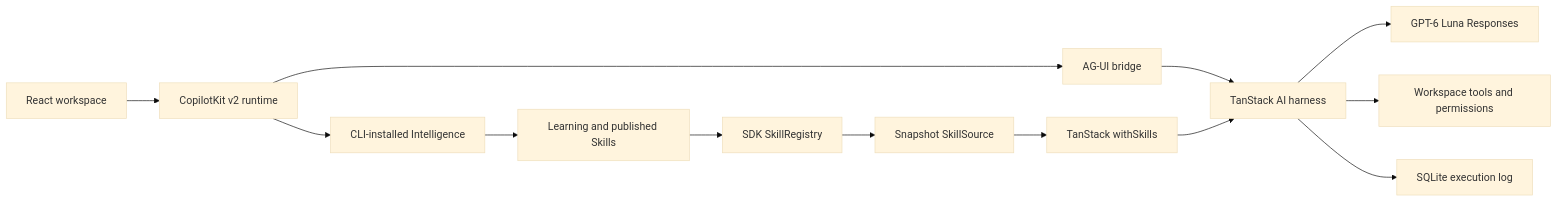
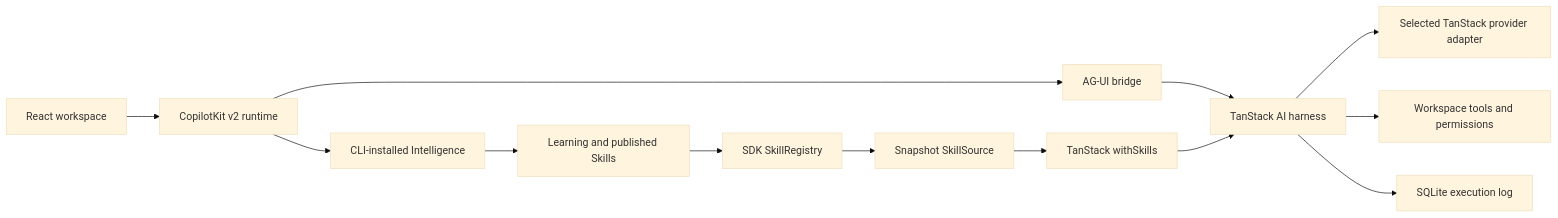
One commit to MikeRyanDev/bookish-guacamole changed the diagram in docs/ARCHITECTURE.md. Above: the diagram before and after it, drawn with Mermaid (base theme). The commit also changed other lines of this file and 46 other files, not shown here.

Commit message:
feat(models): support provider catalogs and per-thread model selection

````diff
--- a/docs/ARCHITECTURE.md
+++ b/docs/ARCHITECTURE.md
@@ -3,15 +3,15 @@
 ```mermaid
 flowchart LR
   Browser[React workspace] --> Runtime[CopilotKit v2 runtime]
   Runtime --> Intelligence[CLI-installed Intelligence]
   Runtime --> Bridge[AG-UI bridge]
   Bridge --> Harness[TanStack AI harness]
-  Harness --> Luna[GPT-6 Luna Responses]
+  Harness --> Model[Selected TanStack provider adapter]
   Harness --> Tools[Workspace tools and permissions]
   Harness --> Log[SQLite execution log]
   Intelligence --> Learning[Learning and published Skills]
   Learning --> Registry[SDK SkillRegistry]
   Registry --> Source[Snapshot SkillSource]
   Source --> Skills[TanStack withSkills]
   Skills --> Harness
 ```
````
